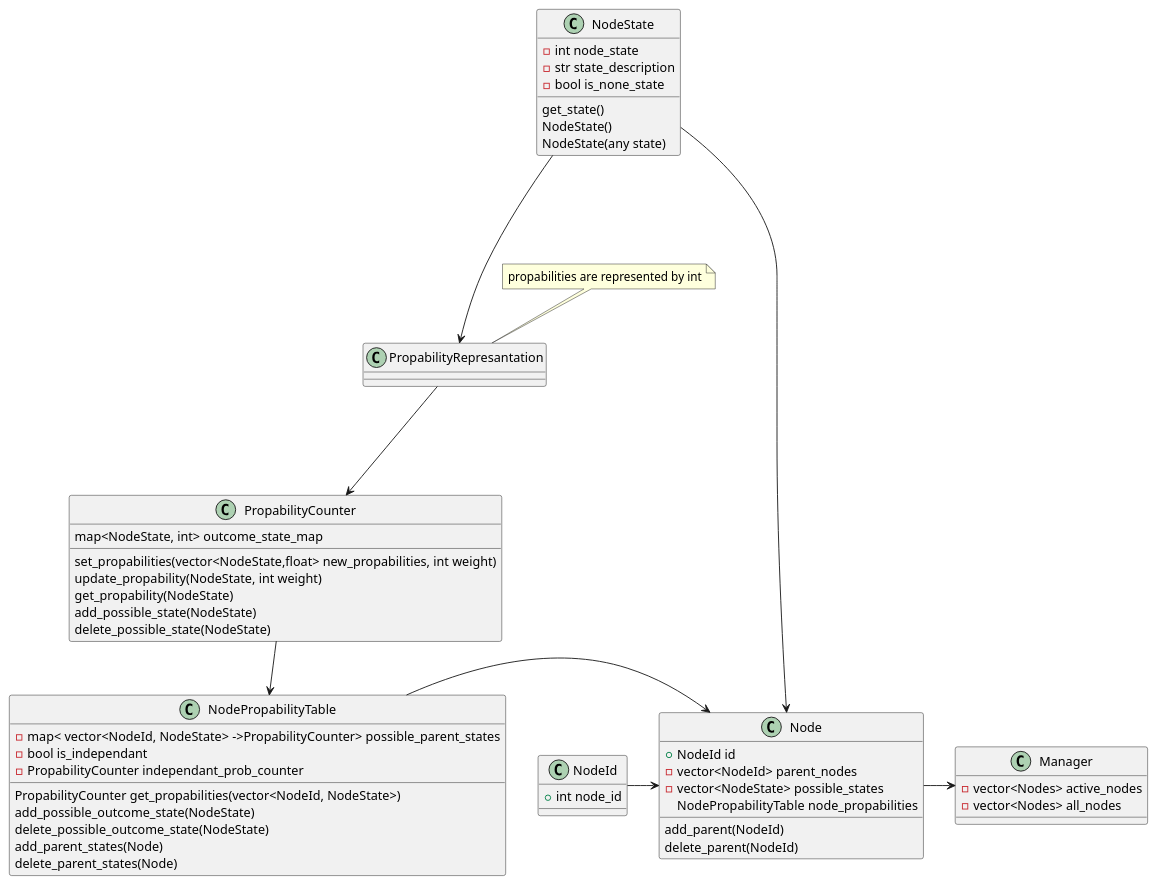
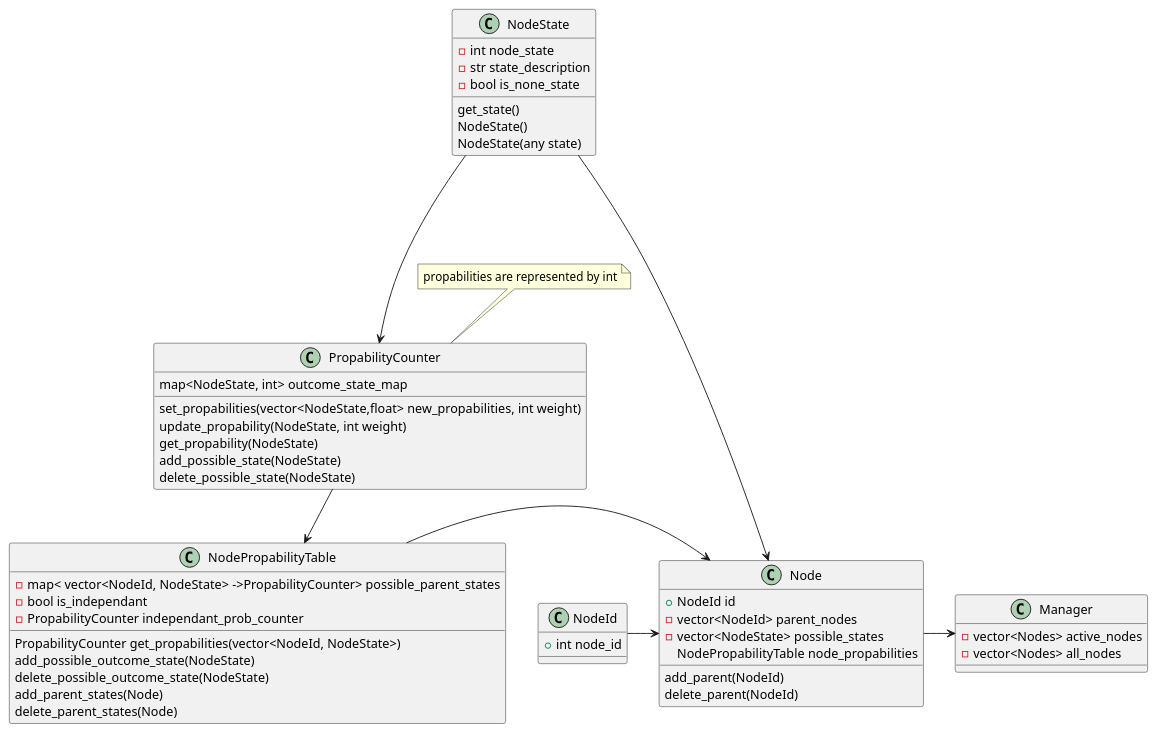
The diagram in class_diagrams.md (NimbleStatic/Bayes-Network), drawn with PlantUML before and after one commit. The commit also changed 1 other file, not shown here.

Commit message:
Added PropabilityCounter header file

````diff
--- a/class_diagrams.md
+++ b/class_diagrams.md
@@ -3,74 +3,73 @@
 ```plantuml
 @startuml
     
     class NodeId{
         + int node_id
     }
 
     class NodeState{
         -int node_state
         -str state_description
         -bool is_none_state
         get_state()
         NodeState()
         NodeState(any state)
 
     }
 
 
     
     class PropabilityCounter{
         map<NodeState, int> outcome_state_map
         set_propabilities(vector<NodeState,float> new_propabilities, int weight)
         update_propability(NodeState, int weight)
         get_propability(NodeState)
         add_possible_state(NodeState)
         delete_possible_state(NodeState)
 
     }
 
     class NodePropabilityTable{
         -map< vector<NodeId, NodeState> ->PropabilityCounter> possible_parent_states
         - bool is_independant
         - PropabilityCounter independant_prob_counter
         PropabilityCounter get_propabilities(vector<NodeId, NodeState>)
         add_possible_outcome_state(NodeState)
         delete_possible_outcome_state(NodeState)
         add_parent_states(Node)
         delete_parent_states(Node)
 
     }
     
     note "propabilities are represented by int" as n1
     
     
-    n1 --> PropabilityRepresantation
-    NodeState ----> PropabilityRepresantation
-    PropabilityRepresantation ---> PropabilityCounter
+    n1 -->PropabilityCounter
+    NodeState ---->PropabilityCounter
     PropabilityCounter -->NodePropabilityTable
     
 
     class Node{
         + NodeId id
         - vector<NodeId> parent_nodes
         - vector<NodeState> possible_states
         NodePropabilityTable node_propabilities
         add_parent(NodeId)
         delete_parent(NodeId)
 
 
     }
     NodePropabilityTable -> Node
     NodeId -> Node
     NodeState -> Node
 
     class Manager{
         -vector<Nodes> active_nodes
         -vector<Nodes> all_nodes
 
     }
 
     Node -> Manager
 
 @enduml
 ```
````
